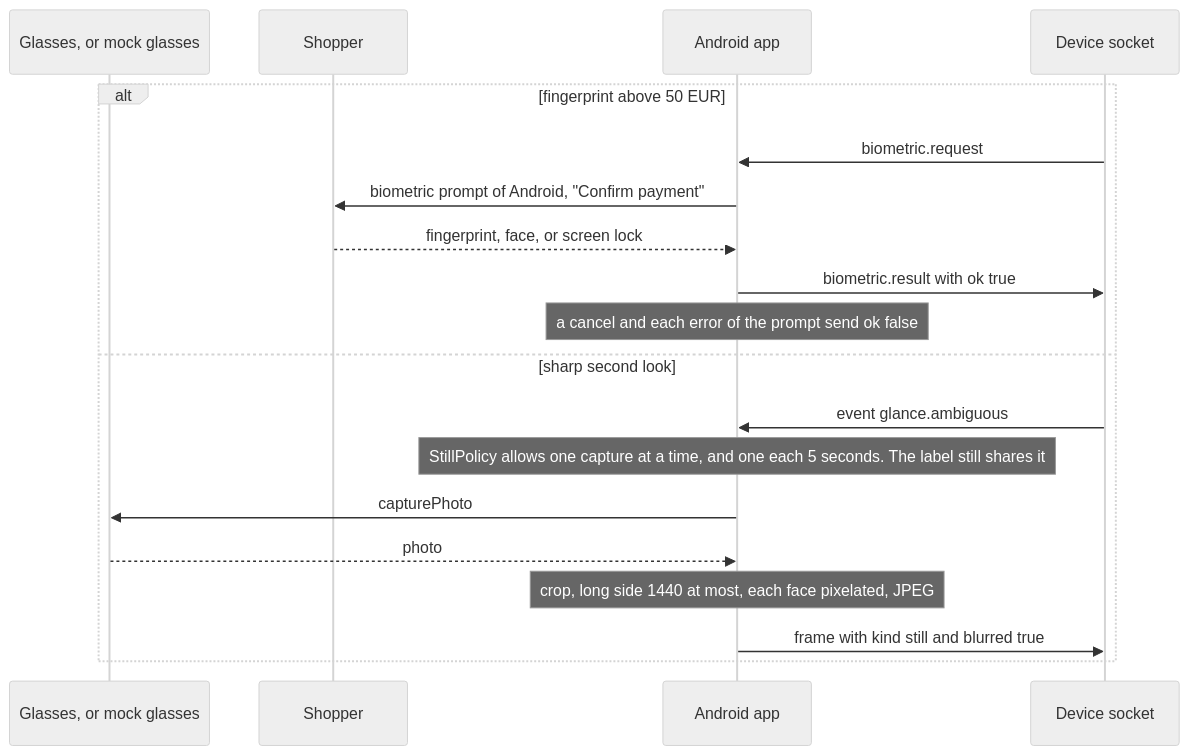
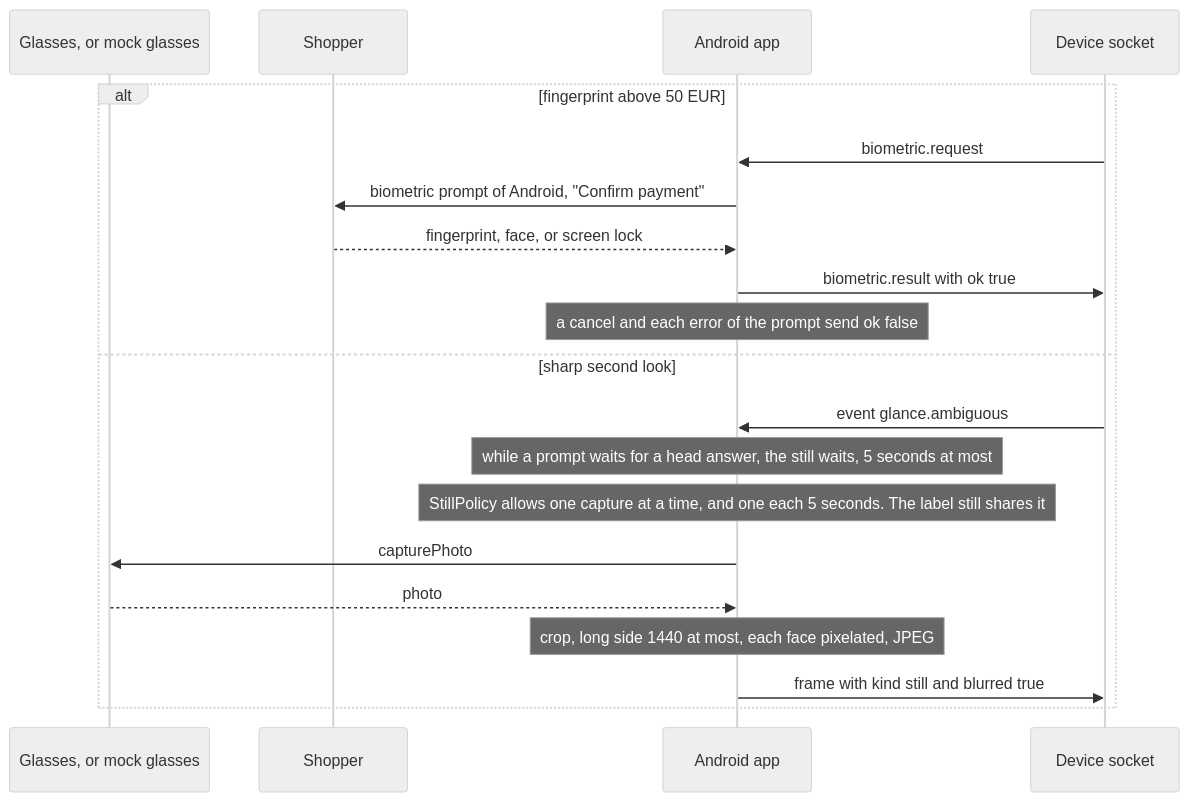
Diagram 11 of 13 in docs/architecture.md (mrBymax/glance), drawn with Mermaid (neutral theme) before and after one commit. The commit also changed other lines of this file and 3 other files, not shown here.

First line of the commit message:
docs: describe the head answer after a stall and the one answer sound

````diff
--- a/docs/architecture.md
+++ b/docs/architecture.md
@@ -447,21 +489,22 @@
 ```mermaid
 sequenceDiagram
   participant Glasses as Glasses, or mock glasses
   participant Shopper
   participant App as Android app
   participant Socket as Device socket
   alt fingerprint above 50 EUR
     Socket->>App: biometric.request
     App->>Shopper: biometric prompt of Android, "Confirm payment"
     Shopper-->>App: fingerprint, face, or screen lock
     App->>Socket: biometric.result with ok true
     Note over App: a cancel and each error of the prompt send ok false
   else sharp second look
     Socket->>App: event glance.ambiguous
+    Note over App: while a prompt waits for a head answer, the still waits, 5 seconds at most
     Note over App: StillPolicy allows one capture at a time, and one each 5 seconds. The label still shares it
     App->>Glasses: capturePhoto
     Glasses-->>App: photo
     Note over App: crop, long side 1440 at most, each face pixelated, JPEG
     App->>Socket: frame with kind still and blurred true
   end
 ```
````
